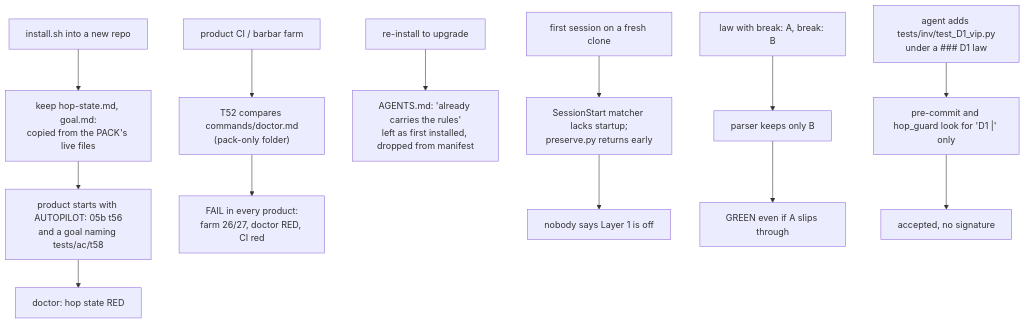
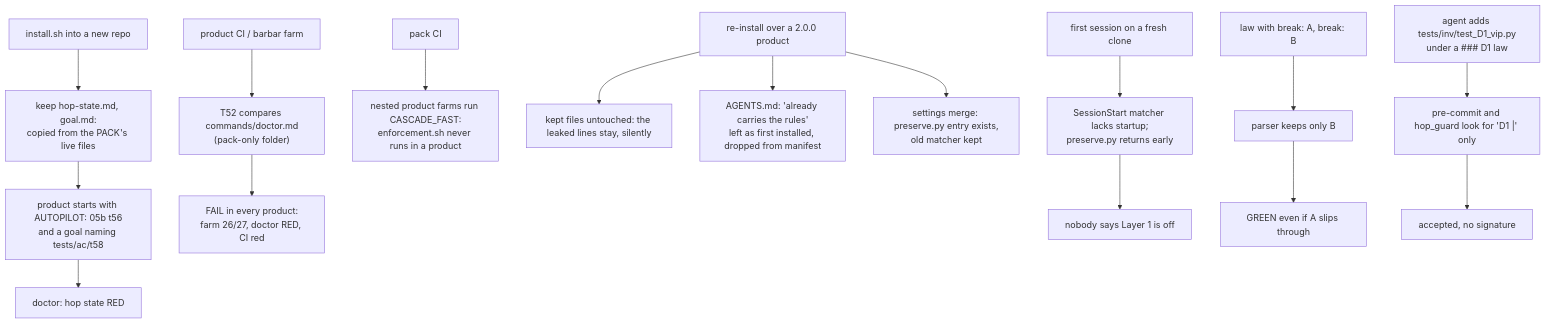
Before and after one commit to kadaluarsa/barbaric-driven-development: the first of 2 diagrams in docs/cascade/05b-t60-install-health-multi-break.md, drawn with Mermaid. The commit also changed other lines of this file, not shown here.

First line of the commit message:
GENERATE 05b t60-install-health-multi-break: spec v2 answering the critic — T15 kept green, upgrade warnings with fixes, product smoke in pack CI, plugin-skew-safe law lookup

````diff
--- a/docs/cascade/05b-t60-install-health-multi-break.md
+++ b/docs/cascade/05b-t60-install-health-multi-break.md
@@ -42,15 +44,18 @@
 ```mermaid
 flowchart TD
     I["install.sh into a new repo"] --> K["keep hop-state.md, goal.md:<br/>copied from the PACK's live files"]
     K --> L1["product starts with AUTOPILOT: 05b t56<br/>and a goal naming tests/ac/t58"]
     L1 --> D1["doctor: hop state RED"]
+    UP["re-install over a 2.0.0 product"] --> K1["kept files untouched: the leaked lines stay, silently"]
     F["product CI / barbar farm"] --> T52["T52 compares commands/doctor.md<br/>(pack-only folder)"]
     T52 --> R1["FAIL in every product:<br/>farm 26/27, doctor RED, CI red"]
-    U["re-install to upgrade"] --> A1["AGENTS.md: 'already carries the rules'<br/>left as first installed, dropped from manifest"]
+    PC["pack CI"] --> FAST["nested product farms run CASCADE_FAST:<br/>enforcement.sh never runs in a product"]
+    UP --> A1["AGENTS.md: 'already carries the rules'<br/>left as first installed, dropped from manifest"]
+    UP --> ST1["settings merge: preserve.py entry exists,<br/>old matcher kept"]
     S["first session on a fresh clone"] --> P1["SessionStart matcher lacks startup;<br/>preserve.py returns early"]
     P1 --> Q1["nobody says Layer 1 is off"]
     E["law with break: A, break: B"] --> W1["parser keeps only B"]
     W1 --> G1["GREEN even if A slips through"]
     N["agent adds tests/inv/test_D1_vip.py<br/>under a ### D1 law"] --> X1["pre-commit and hop_guard look for 'D1 |' only"]
     X1 --> Y1["accepted, no signature"]
 ```
````
